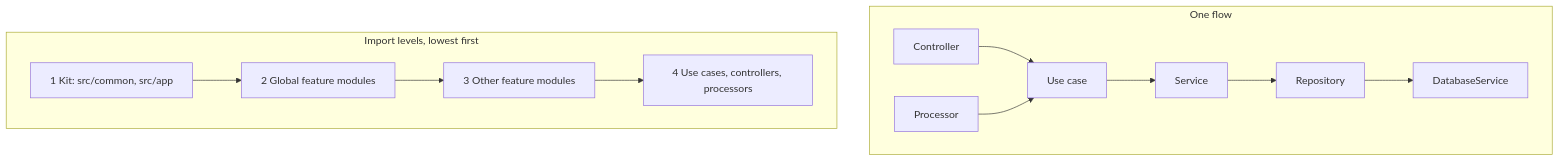
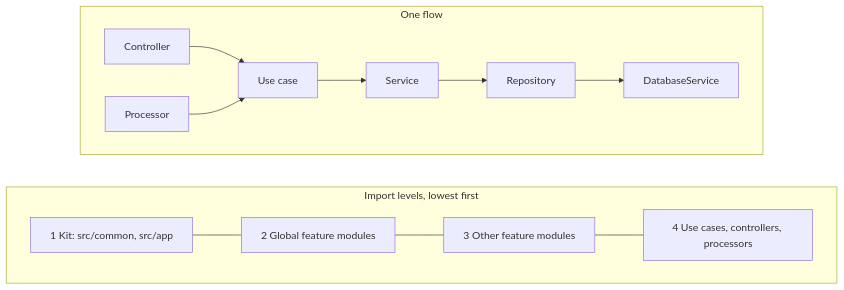
One commit to andrechristikan/ack-nestjs-boilerplate changed the diagram in docs/concepts/architecture.md. Above: the diagram before and after it, drawn with Mermaid. The commit also changed other lines of this file and 35 other files, not shown here.

Commit message:
docs: draw every diagram top to bottom and match each to its page

````diff
--- a/docs/concepts/architecture.md
+++ b/docs/concepts/architecture.md
@@ -33,15 +35,16 @@
 ```mermaid
 flowchart TB
     subgraph PATH["One flow"]
         C["Controller"] --> U["Use case"]
         P["Processor"] --> U
         U --> S["Service"]
         S --> R["Repository"]
         R --> D["DatabaseService"]
     end
     subgraph LEVELS["Import levels, lowest first"]
-        L1["1 Kit: src/common, src/app"] --> L2["2 Global feature modules"]
-        L2 --> L3["3 Other feature modules"]
-        L3 --> L4["4 Use cases, controllers, processors"]
+        L1["1 Kit: src/common, src/app"] --- L2["2 Global feature modules"]
+        L2 --- L3["3 Other feature modules"]
+        L3 --- L4["4 Use cases, controllers, processors"]
     end
+    PATH ~~~ LEVELS
 ```
````
